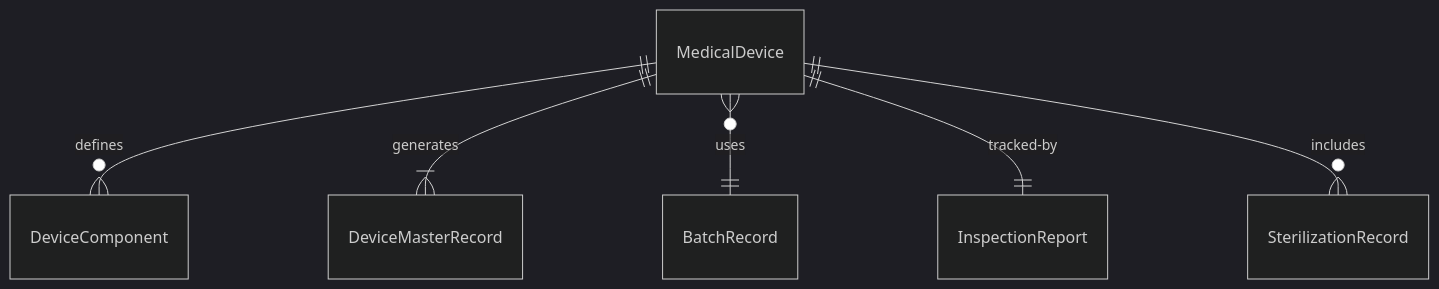
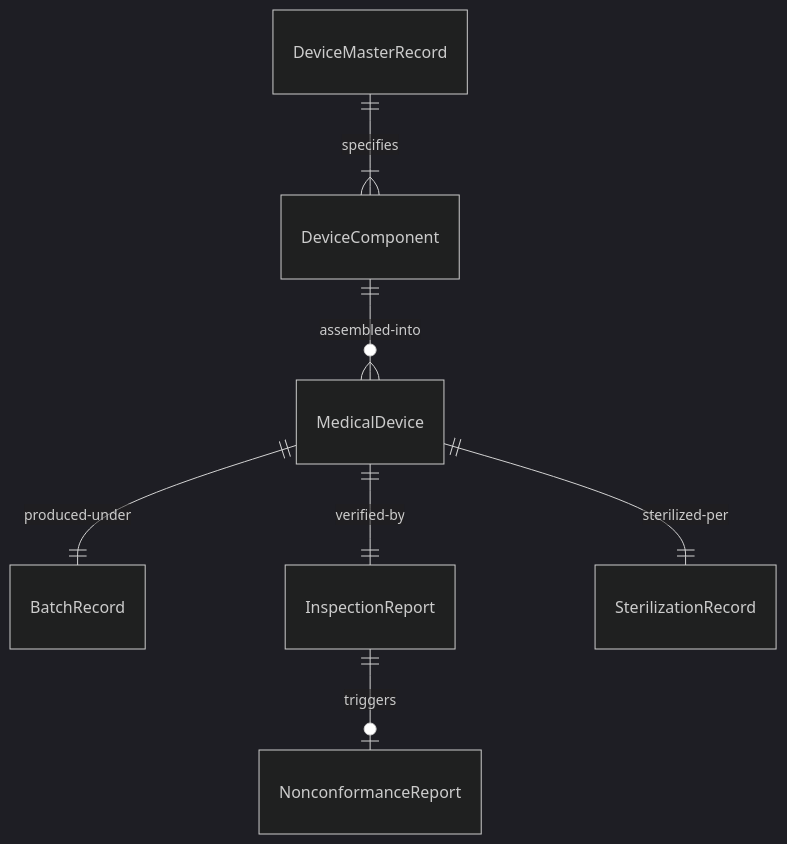
One commit to dot-org-ai/tasks.org.ai changed the first of 4 diagrams in HandlingAndMovingObjects/FabricateMedicalDevices/FabricateMedicalDevices.mdx. Above: the diagram before and after it, drawn with Mermaid (dark theme). The commit also changed other lines of this file and 515 other files, not shown here.

````diff
--- a/HandlingAndMovingObjects/FabricateMedicalDevices/FabricateMedicalDevices.mdx
+++ b/HandlingAndMovingObjects/FabricateMedicalDevices/FabricateMedicalDevices.mdx
@@ -90,8 +90,9 @@
 ```mermaid
 erDiagram
-    MedicalDevice ||--o{ DeviceComponent : "defines"
-    MedicalDevice ||--|{ DeviceMasterRecord : "generates"
-    MedicalDevice }o--|| BatchRecord : "uses"
-    MedicalDevice ||--|| InspectionReport : "tracked-by"
-    MedicalDevice ||--o{ SterilizationRecord : "includes"
+    DeviceMasterRecord ||--|{ DeviceComponent : "specifies"
+    DeviceComponent ||--o{ MedicalDevice : "assembled-into"
+    MedicalDevice ||--|| BatchRecord : "produced-under"
+    MedicalDevice ||--|| InspectionReport : "verified-by"
+    MedicalDevice ||--|| SterilizationRecord : "sterilized-per"
+    InspectionReport ||--o| NonconformanceReport : "triggers"
 ```
````
